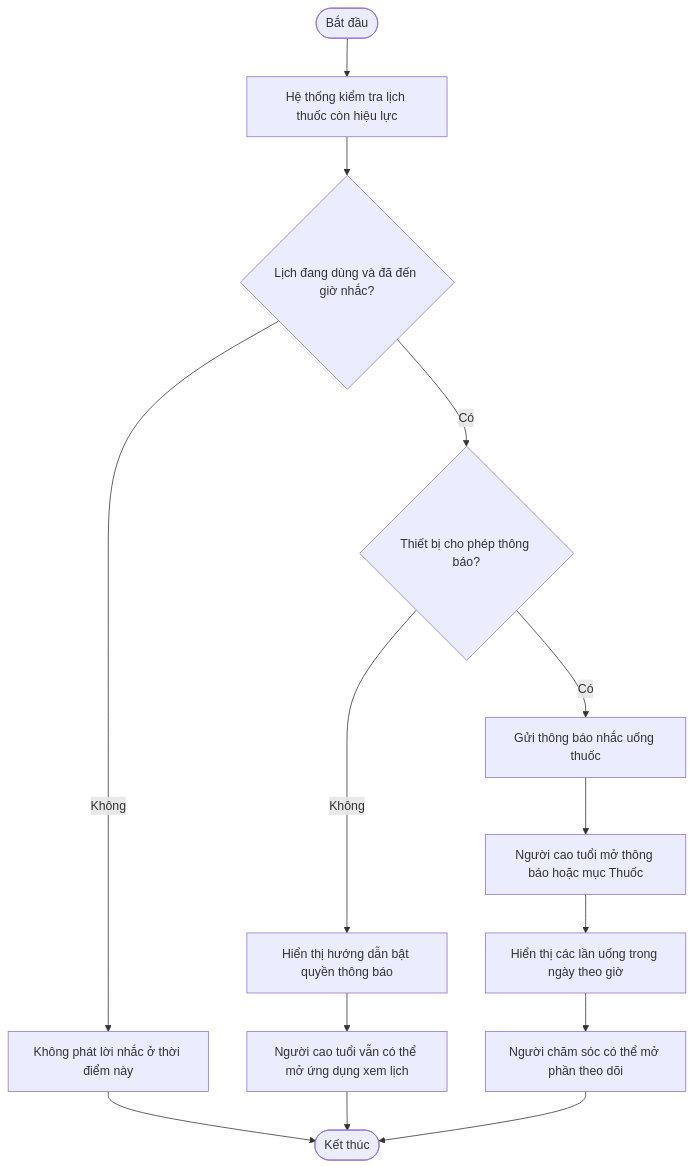
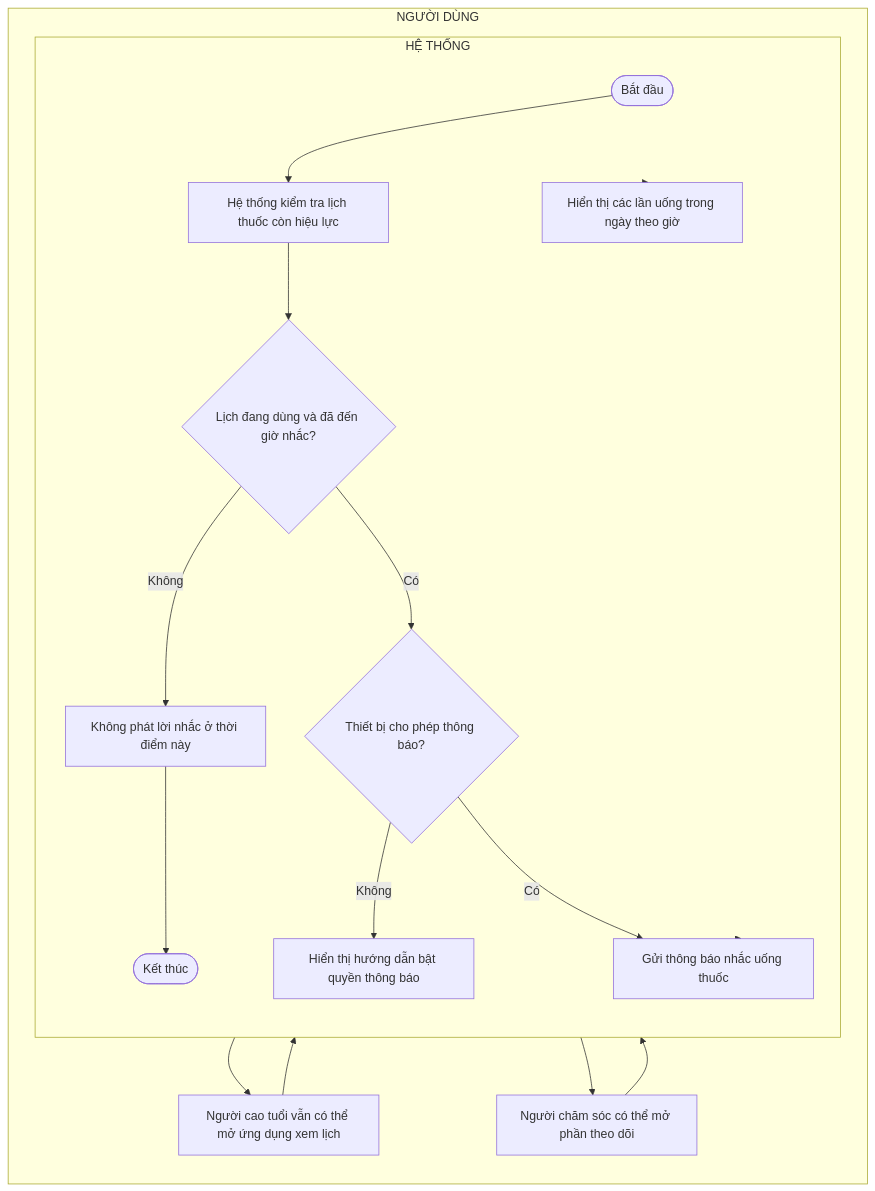
The tenth of 17 diagrams in docs/bieu_do_hoat_dong_usecase.md (Iron045/geriatricare), drawn with Mermaid before and after one commit. The commit also changed other lines of this file, not shown here.

Commit message:
docs: split activity diagrams into user and system swimlanes

````diff
--- a/docs/bieu_do_hoat_dong_usecase.md
+++ b/docs/bieu_do_hoat_dong_usecase.md
@@ -183,13 +363,31 @@
 ```mermaid
-flowchart TD
- S([Bắt đầu]) --> A[Hệ thống kiểm tra lịch thuốc còn hiệu lực]
- A --> B{Lịch đang dùng và đã đến giờ nhắc?}
- B -- Không --> C[Không phát lời nhắc ở thời điểm này] --> T([Kết thúc])
- B -- Có --> D{Thiết bị cho phép thông báo?}
- D -- Không --> E[Hiển thị hướng dẫn bật quyền thông báo] --> F[Người cao tuổi vẫn có thể mở ứng dụng xem lịch] --> T
- D -- Có --> G[Gửi thông báo nhắc uống thuốc]
- G --> H[Người cao tuổi mở thông báo hoặc mục Thuốc]
- H --> I[Hiển thị các lần uống trong ngày theo giờ]
- I --> J[Người chăm sóc có thể mở phần theo dõi]
- J --> T
+flowchart LR
+  subgraph U["NGƯỜI DÙNG"]
+    direction TB
+    F[Người cao tuổi vẫn có thể mở ứng dụng xem lịch]
+    H[Người cao tuổi mở thông báo hoặc mục Thuốc]
+    J[Người chăm sóc có thể mở phần theo dõi]
+  end
+  subgraph H["HỆ THỐNG"]
+    direction TB
+    S([Bắt đầu])
+    A[Hệ thống kiểm tra lịch thuốc còn hiệu lực]
+    B{Lịch đang dùng và đã đến giờ nhắc?}
+    C[Không phát lời nhắc ở thời điểm này]
+    T([Kết thúc])
+    D{Thiết bị cho phép thông báo?}
+    E[Hiển thị hướng dẫn bật quyền thông báo]
+    G[Gửi thông báo nhắc uống thuốc]
+    I[Hiển thị các lần uống trong ngày theo giờ]
+  end
+  S --> A
+  A --> B
+  B -- Không --> C --> T
+  B -- Có --> D
+  D -- Không --> E --> F --> T
+  D -- Có --> G
+  G --> H
+  H --> I
+  I --> J
+  J --> T
 ```
````
